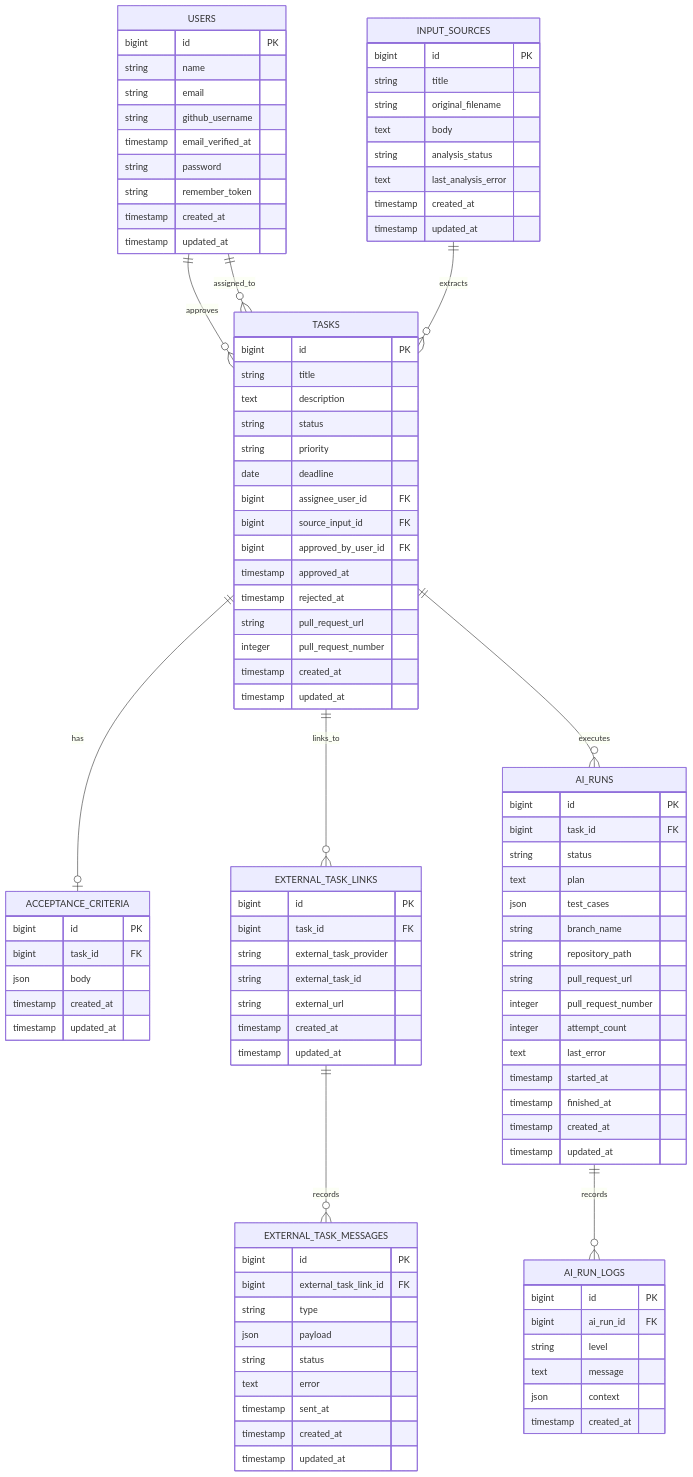
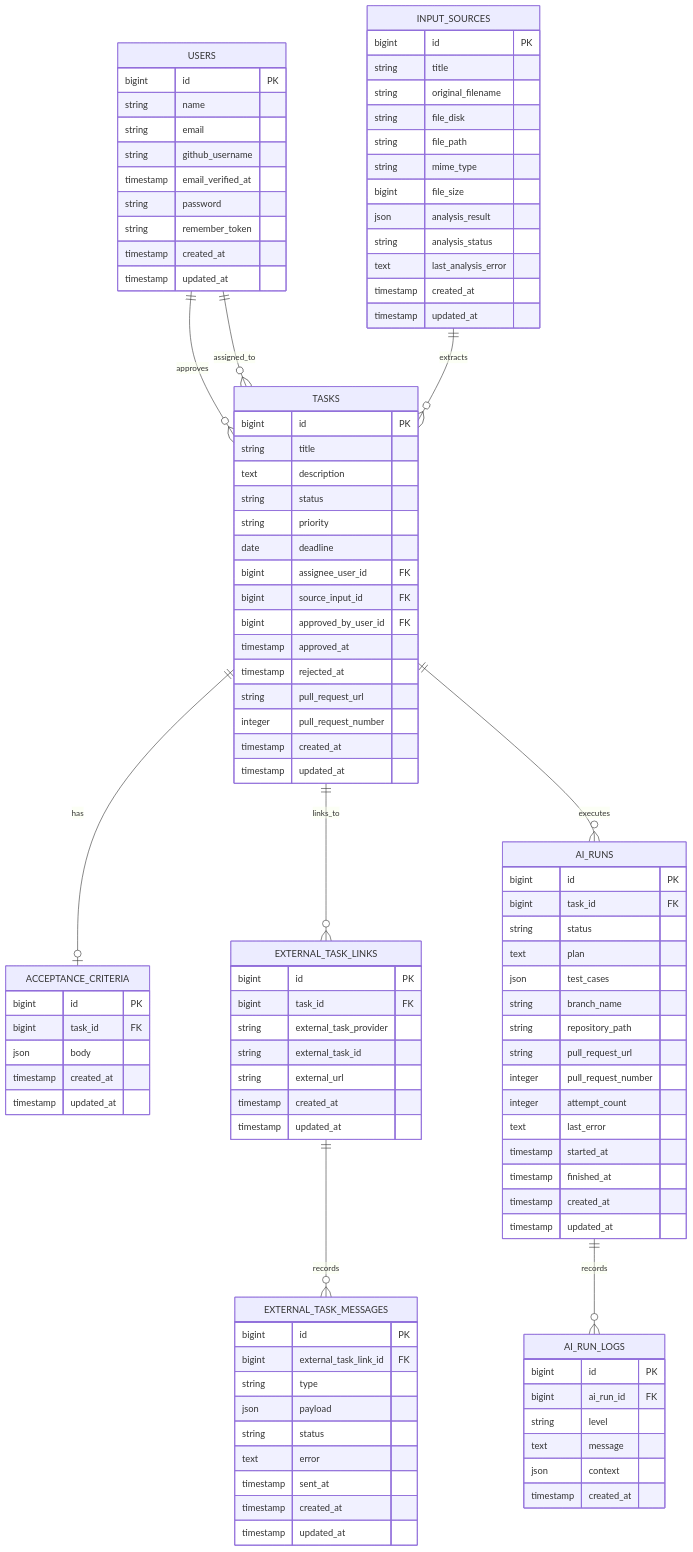
One commit to lkpgalaxy/task-fox changed the diagram in plan.md. Above: the diagram before and after it, drawn with Mermaid. The commit also changed other lines of this file and 52 other files, not shown here.

```diff
--- a/plan.md
+++ b/plan.md
@@ -75,7 +76,11 @@
         bigint id PK
         string title
         string original_filename
-        text body
+        string file_disk
+        string file_path
+        string mime_type
+        bigint file_size
+        json analysis_result
         string analysis_status
         text last_analysis_error
         timestamp created_at
```
